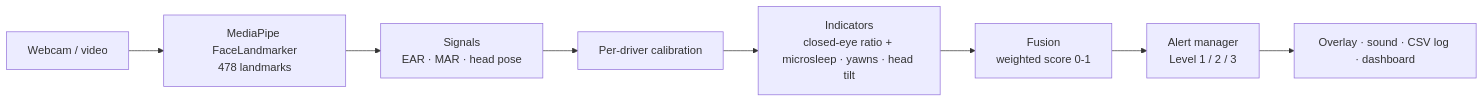
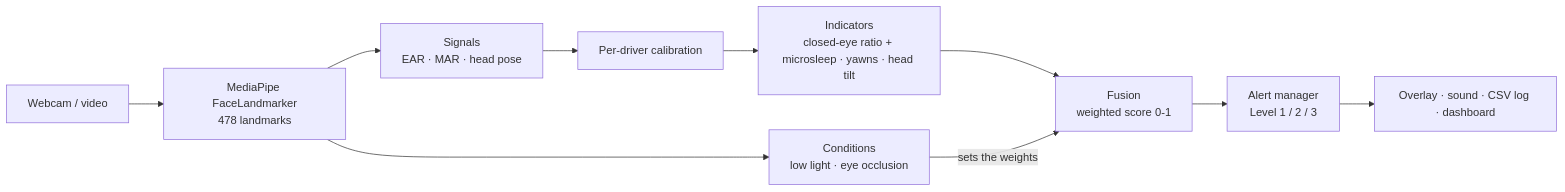
One commit to yagnangg333/Driver-Drowsiness-Detection changed the diagram in README.md. Above: the diagram before and after it, drawn with Mermaid. The commit also changed other lines of this file and 12 other files, not shown here.

````diff
--- a/README.md
+++ b/README.md
@@ -22,10 +22,12 @@
 ```mermaid
 flowchart LR
     A[Webcam / video] --> B[MediaPipe FaceLandmarker<br/>478 landmarks]
     B --> C[Signals<br/>EAR · MAR · head pose]
     C --> K[Per-driver calibration]
     K --> D[Indicators<br/>closed-eye ratio + microsleep · yawns · head tilt]
     D --> E[Fusion<br/>weighted score 0-1]
+    B --> H[Conditions<br/>low light · eye occlusion]
+    H -->|sets the weights| E
     E --> F[Alert manager<br/>Level 1 / 2 / 3]
     F --> G[Overlay · sound · CSV log · dashboard]
 ```
````
